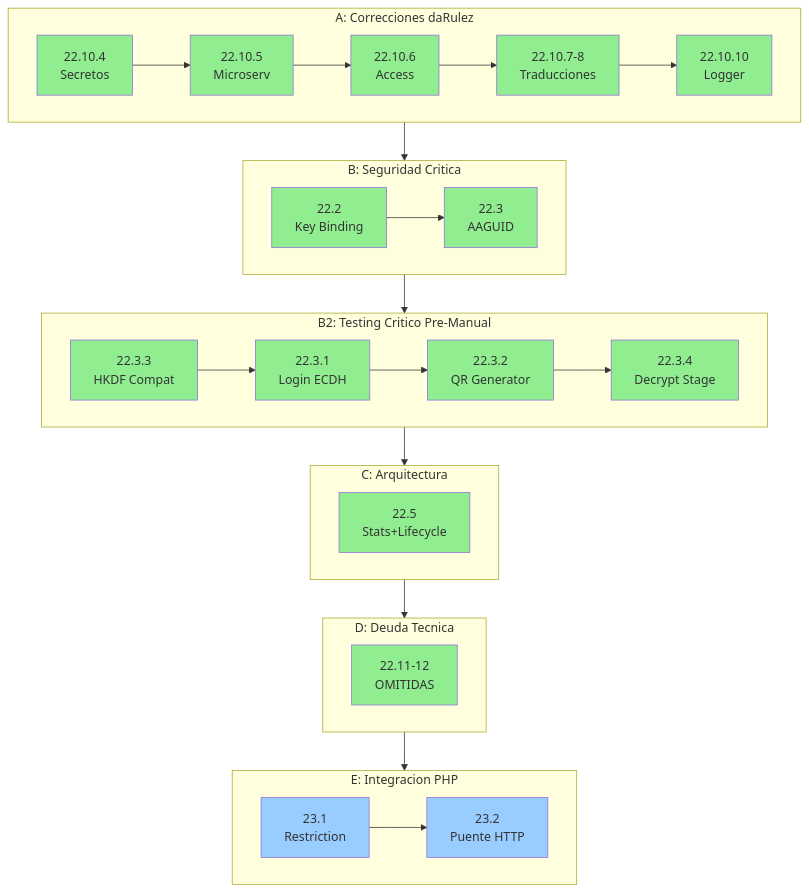
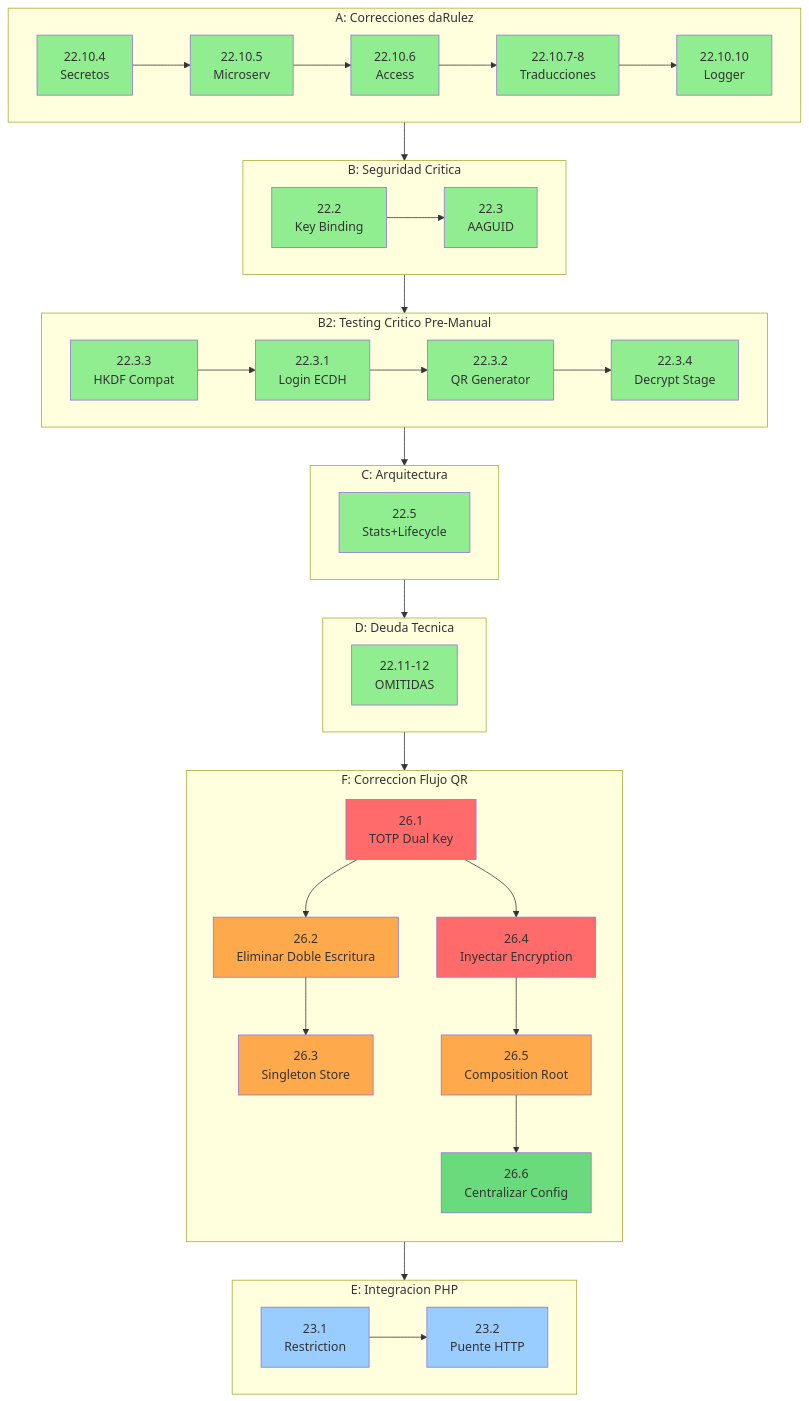
Before and after one commit to Ragnarsss/capstone-backend: the diagram in ROADMAP.md, drawn with Mermaid. The commit also changed other lines of this file and 18 other files, not shown here.

````diff
--- a/ROADMAP.md
+++ b/ROADMAP.md
@@ -82,6 +88,18 @@
         D1[22.11-12<br/>OMITIDAS]
     end
 
+    subgraph BLOQUE_F[F: Correccion Flujo QR]
+        direction TB
+        F1[26.1<br/>TOTP Dual Key]:::critical
+        F2[26.2<br/>Eliminar Doble Escritura]
+        F3[26.3<br/>Singleton Store]
+        F4[26.4<br/>Inyectar Encryption]:::critical
+        F5[26.5<br/>Composition Root]
+        F6[26.6<br/>Centralizar Config]
+        F1 --> F2 --> F3
+        F1 --> F4 --> F5 --> F6
+    end
+
     subgraph BLOQUE_E[E: Integracion PHP]
         direction LR
         E1[23.1<br/>Restriction]
@@ -93,7 +111,8 @@
     BLOQUE_B --> BLOQUE_B2
     BLOQUE_B2 --> BLOQUE_C
     BLOQUE_C --> BLOQUE_D
-    BLOQUE_D --> BLOQUE_E
+    BLOQUE_D --> BLOQUE_F
+    BLOQUE_F --> BLOQUE_E
 
     style A1 fill:#90EE90
     style A2 fill:#90EE90
@@ -108,6 +127,14 @@
     style T4 fill:#90EE90
     style C1 fill:#90EE90
     style D1 fill:#90EE90
+    style F1 fill:#ff6b6b
+    style F2 fill:#ffa94d
+    style F3 fill:#ffa94d
+    style F4 fill:#ff6b6b
+    style F5 fill:#ffa94d
+    style F6 fill:#69db7c
     style E1 fill:#99ccff
     style E2 fill:#99ccff
+
+    classDef critical fill:#ff6b6b
 ```
````
